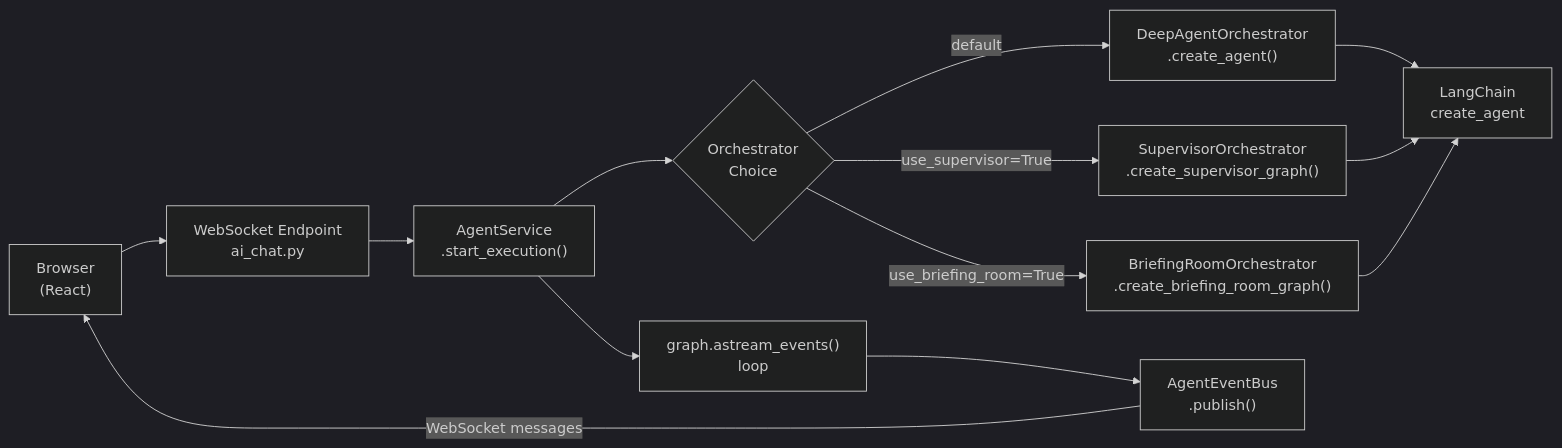
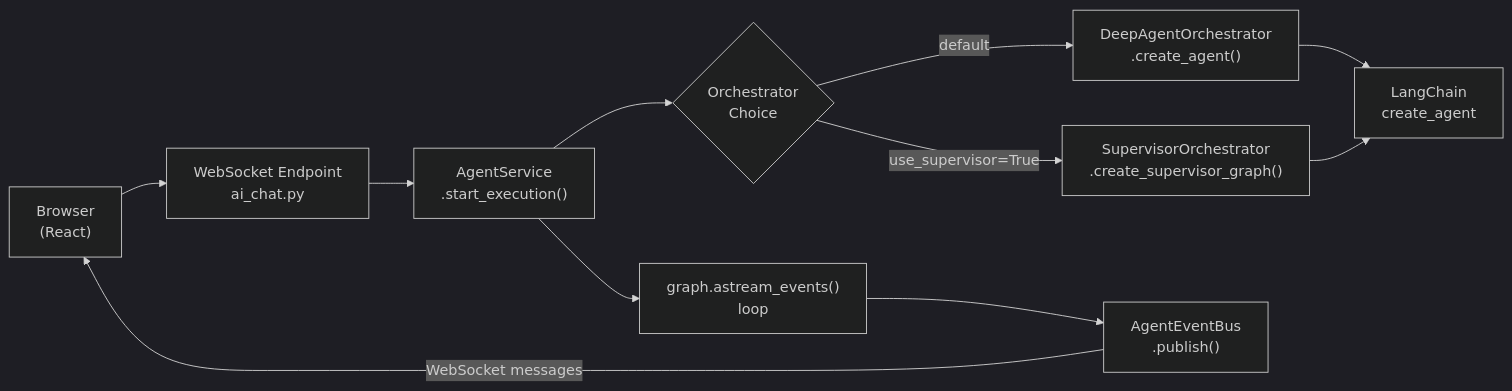
The first of 4 diagrams in docs/02-architecture/ai/agent-common-concepts.md (ogghst/backcast), drawn with Mermaid (dark theme) before and after one commit. The commit also changed other lines of this file and 45 other files, not shown here.

````diff
--- a/docs/02-architecture/ai/agent-common-concepts.md
+++ b/docs/02-architecture/ai/agent-common-concepts.md
@@ -30,15 +29,13 @@
 ```mermaid
 flowchart LR
     Browser["Browser\n(React)"] --> WS["WebSocket Endpoint\nai_chat.py"]
     WS --> AS["AgentService\n.start_execution()"]
     AS --> ORC{"Orchestrator\nChoice"}
-    ORC -->|"use_briefing_room=True"| BRO["BriefingRoomOrchestrator\n.create_briefing_room_graph()"]
     ORC -->|"use_supervisor=True"| SO["SupervisorOrchestrator\n.create_supervisor_graph()"]
     ORC -->|"default"| DAO["DeepAgentOrchestrator\n.create_agent()"]
     DAO --> LC["LangChain\ncreate_agent"]
     SO --> LC
-    BRO --> LC
     AS --> GAE["graph.astream_events()\nloop"]
     GAE --> AEB["AgentEventBus\n.publish()"]
     AEB -->|WebSocket messages| Browser
 ```
````
